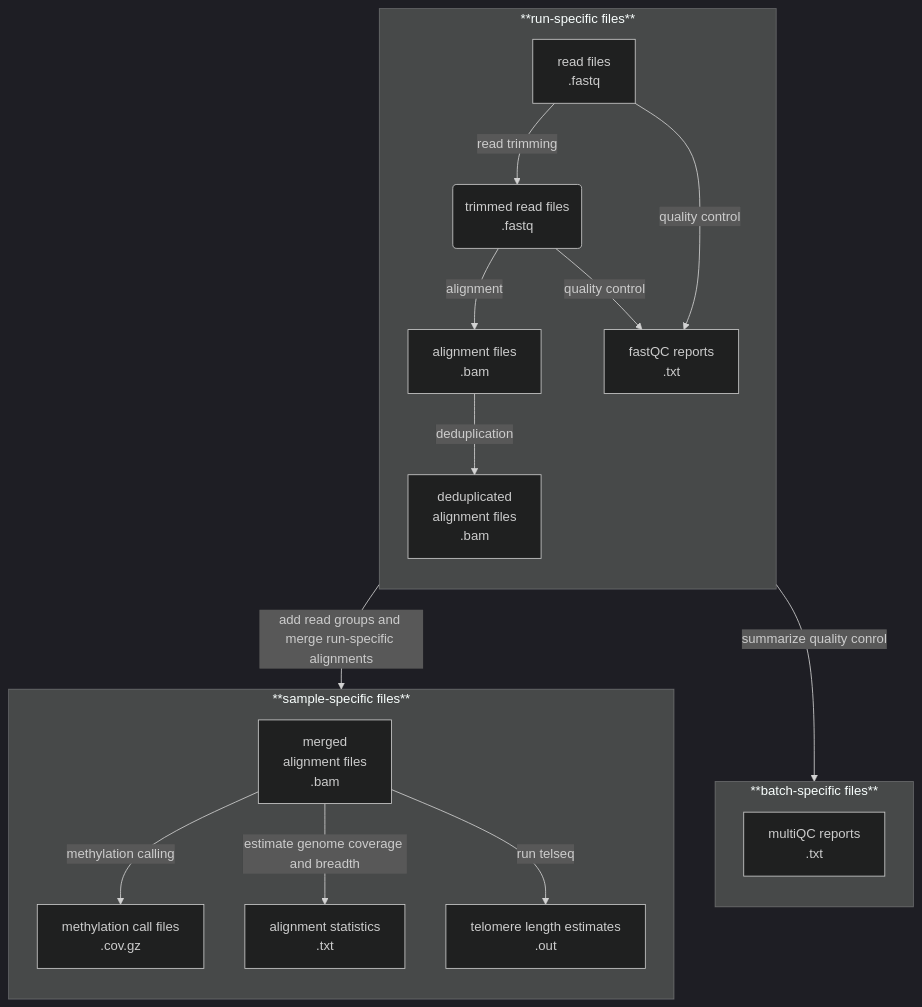
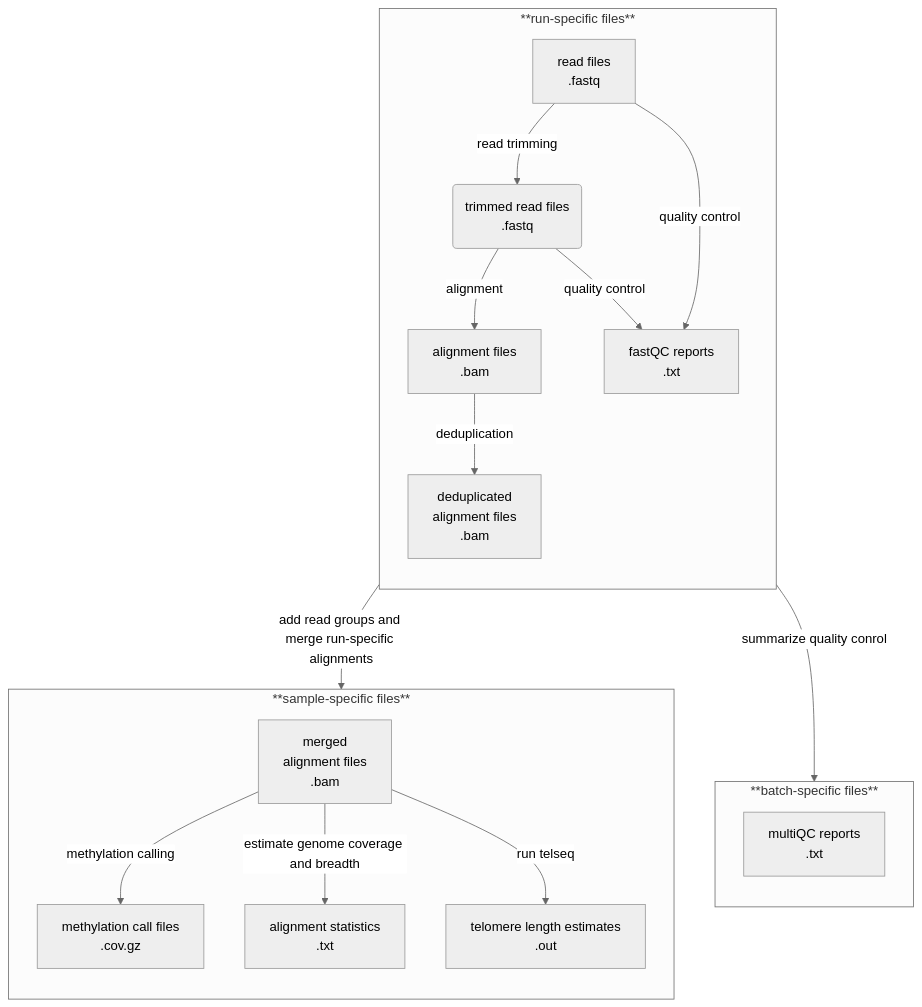
Before and after one commit to MLindner0/bioinformatics_wgbs_soaysheep: the diagram in README.md, drawn with Mermaid.

````diff
--- a/README.md
+++ b/README.md
@@ -16,28 +16,28 @@
 ```mermaid
 ---
 config:
-  theme: dark
+  theme: neutral
 ---
 
 flowchart TD
     subgraph SGA [**run-specific files**]
         direction TB
         A[read files <br> .fastq ] --> |read trimming| B(trimmed read files <br> .fastq)
         B --> |alignment| C[alignment files <br> .bam]
         C --> |deduplication| D[deduplicated <br> alignment files <br> .bam ]
         A --> |quality control| H[fastQC reports <br> .txt]
         B --> |quality control| H[fastQC reports <br> .txt]
     end
     subgraph SG2 [**sample-specific files**]
         direction TB
         E[merged <br> alignment files <br> .bam] --> |methylation calling| F[methylation call files <br> .cov.gz]
         E --> |estimate genome coverage and breadth| I[alignment statistics <br> .txt]
         E --> |run telseq| J[telomere length estimates <br> .out]
     end
     D --> |add read groups and merge run-specific alignments| SG2
     subgraph SG3 [**batch-specific files**]
         direction TB
         G[multiQC reports <br> .txt] 
     end
     H --> |summarize quality conrol| SG3
 ```
````
